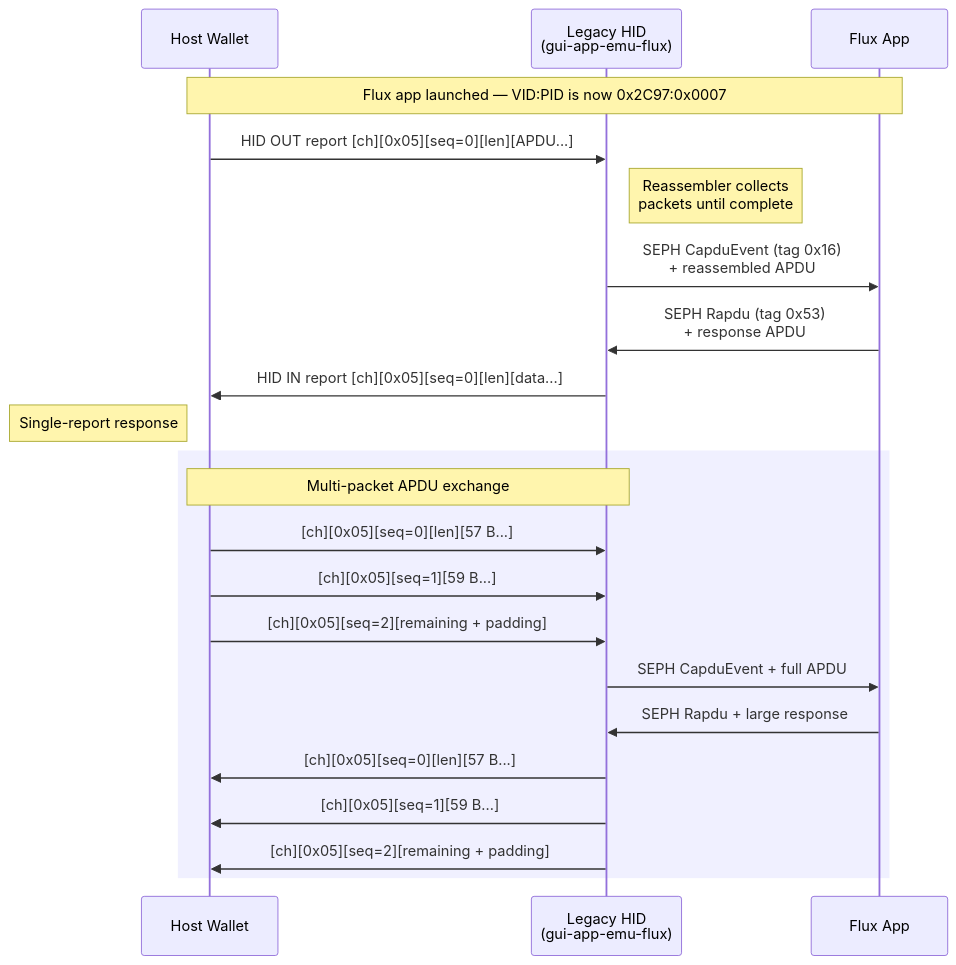
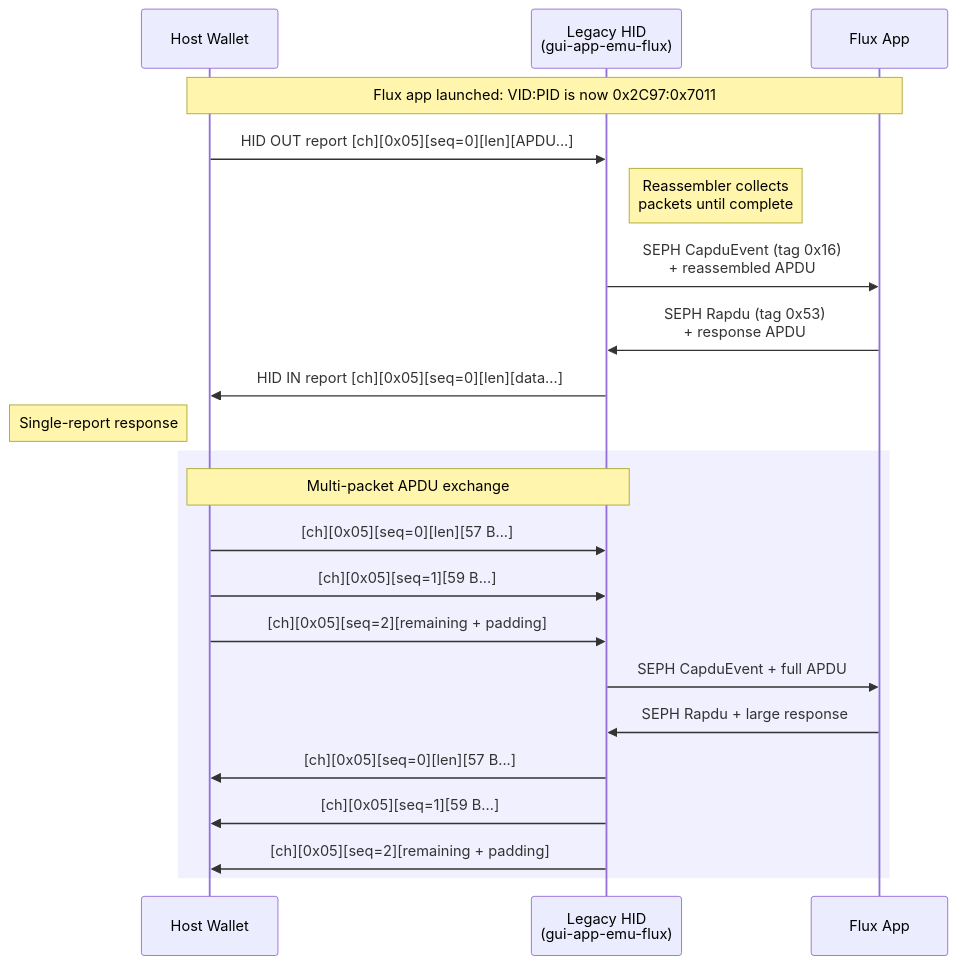
Before and after one commit to Foundation-Devices/KeyOS: the first of 2 diagrams in docs/legacy-mode-hid.md, drawn with Mermaid. The commit also changed other lines of this file and 128 other files, not shown here.

First line of the commit message:
Restore Legacy Mode with the Flux app emulator

````diff
--- a/docs/legacy-mode-hid.md
+++ b/docs/legacy-mode-hid.md
@@ -126,31 +126,31 @@
 ```mermaid
 sequenceDiagram
     participant Host as Host Wallet
     participant HID as Legacy HID<br/>(gui-app-emu-flux)
     participant App as Flux App
 
-    Note over Host,App: Flux app launched — VID:PID is now 0x2C97:0x0007
+    Note over Host,App: Flux app launched: VID:PID is now 0x2C97:0x7011
 
     Host->>HID: HID OUT report [ch][0x05][seq=0][len][APDU...]
     Note right of HID: Reassembler collects<br/>packets until complete
 
     HID->>App: SEPH CapduEvent (tag 0x16)<br/>+ reassembled APDU
 
     App->>HID: SEPH Rapdu (tag 0x53)<br/>+ response APDU
 
     HID->>Host: HID IN report [ch][0x05][seq=0][len][data...]
     Note left of Host: Single-report response
 
     rect rgb(240, 240, 255)
         Note over Host,HID: Multi-packet APDU exchange
         Host->>HID: [ch][0x05][seq=0][len][57 B...]
         Host->>HID: [ch][0x05][seq=1][59 B...]
         Host->>HID: [ch][0x05][seq=2][remaining + padding]
         HID->>App: SEPH CapduEvent + full APDU
 
         App->>HID: SEPH Rapdu + large response
         HID->>Host: [ch][0x05][seq=0][len][57 B...]
         HID->>Host: [ch][0x05][seq=1][59 B...]
         HID->>Host: [ch][0x05][seq=2][remaining + padding]
     end
 ```
````
